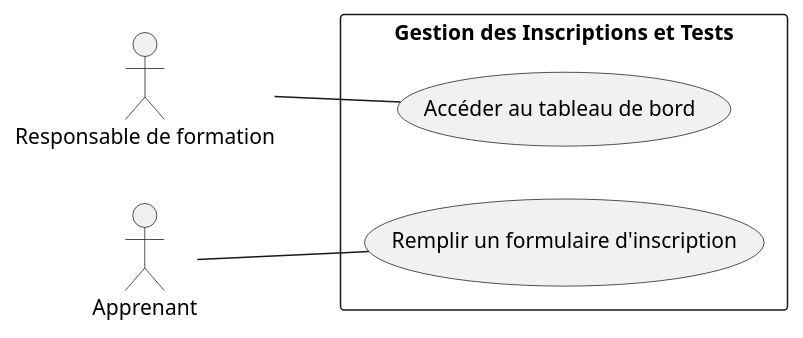
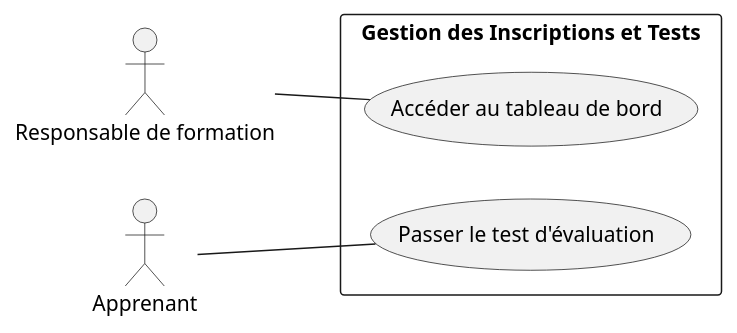
One commit to samiaBoug/Soli_LMS_Test_Inscription changed the diagram in Analyse/use_case_sprint1.puml. Above: the diagram before and after it, drawn with PlantUML. The commit also changed 4 other files, not shown here.

```diff
--- a/Analyse/use_case_sprint1.puml
+++ b/Analyse/use_case_sprint1.puml
@@ -1,16 +1,16 @@
 @startuml
 left to right direction
 
 actor "Responsable de formation" as Admin
 actor "Apprenant" as Apprenant
 
 rectangle "Gestion des Inscriptions et Tests" {
-  usecase "Remplir un formulaire d'inscription" as UC1
+  usecase "Passer le test d'évaluation" as UC1
   usecase "Accéder au tableau de bord" as UC2
 
 }
 
 Admin -- UC2 
 Apprenant -- UC1
 
 @enduml
```
